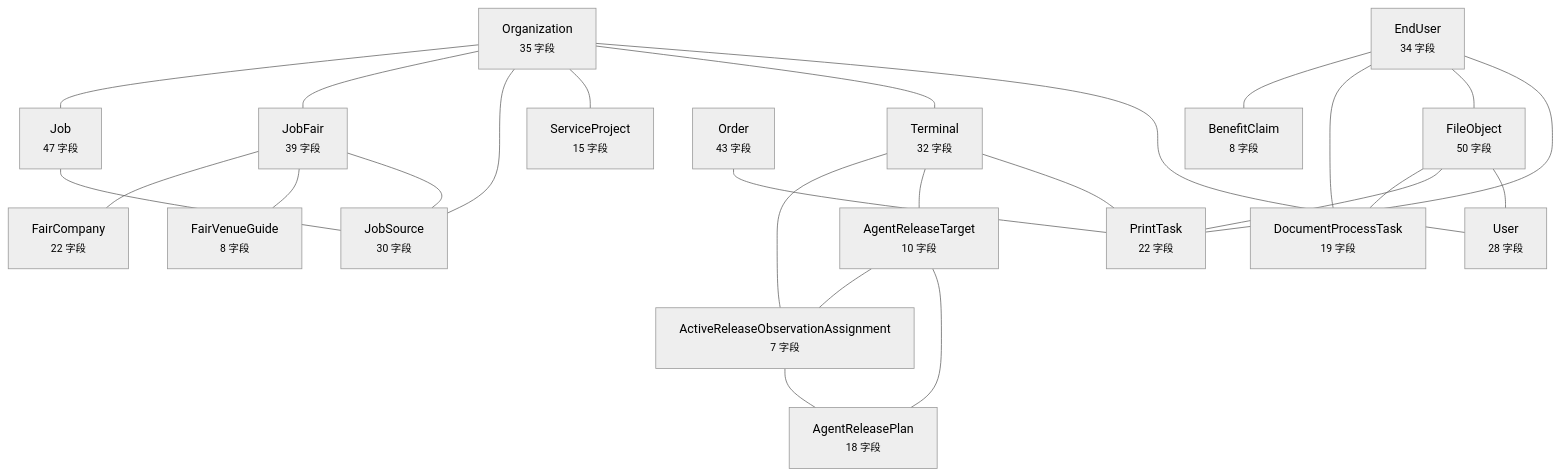
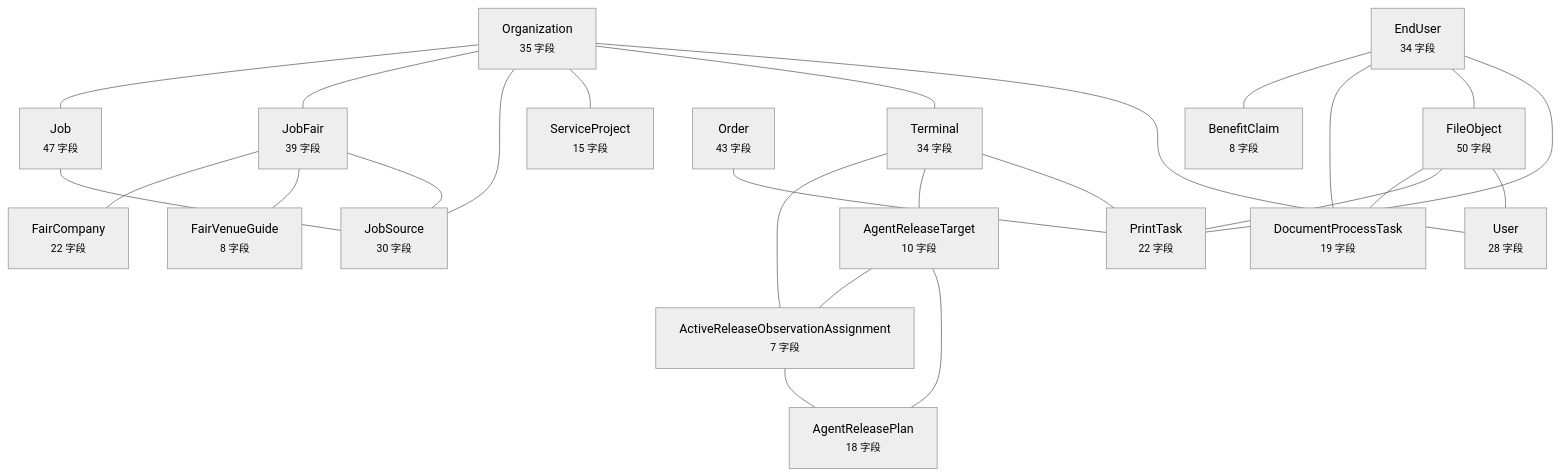
One commit to wanglei581/YITIJI changed the diagram in docs/graph/data-model.md. Above: the diagram before and after it, drawn with Mermaid (neutral theme). The commit also changed other lines of this file and 5 other files, not shown here.

Commit message:
按收费设置重生项目图谱。

````diff
--- a/docs/graph/data-model.md
+++ b/docs/graph/data-model.md
@@ -10,45 +10,45 @@
 ```mermaid
 flowchart TD
   EndUser["EndUser<br/><small>34 字段</small>"]
   Organization["Organization<br/><small>35 字段</small>"]
-  Terminal["Terminal<br/><small>32 字段</small>"]
+  Terminal["Terminal<br/><small>34 字段</small>"]
   FileObject["FileObject<br/><small>50 字段</small>"]
   Job["Job<br/><small>47 字段</small>"]
   JobFair["JobFair<br/><small>39 字段</small>"]
   JobSource["JobSource<br/><small>30 字段</small>"]
   User["User<br/><small>28 字段</small>"]
   Order["Order<br/><small>43 字段</small>"]
   PrintTask["PrintTask<br/><small>22 字段</small>"]
   AgentReleaseTarget["AgentReleaseTarget<br/><small>10 字段</small>"]
   ServiceProject["ServiceProject<br/><small>15 字段</small>"]
   ActiveReleaseObservationAssignment["ActiveReleaseObservationAssignment<br/><small>7 字段</small>"]
   AgentReleasePlan["AgentReleasePlan<br/><small>18 字段</small>"]
   BenefitClaim["BenefitClaim<br/><small>8 字段</small>"]
   DocumentProcessTask["DocumentProcessTask<br/><small>19 字段</small>"]
   FairCompany["FairCompany<br/><small>22 字段</small>"]
   FairVenueGuide["FairVenueGuide<br/><small>8 字段</small>"]
   EndUser --- BenefitClaim
   EndUser --- DocumentProcessTask
   EndUser --- FileObject
   EndUser --- PrintTask
   Organization --- Job
   Organization --- JobFair
   Organization --- JobSource
   Organization --- ServiceProject
   Organization --- Terminal
   Organization --- User
   Terminal --- ActiveReleaseObservationAssignment
   Terminal --- AgentReleaseTarget
   Terminal --- PrintTask
   FileObject --- DocumentProcessTask
   FileObject --- PrintTask
   FileObject --- User
   Job --- JobSource
   JobFair --- FairCompany
   JobFair --- FairVenueGuide
   JobFair --- JobSource
   Order --- PrintTask
   AgentReleaseTarget --- ActiveReleaseObservationAssignment
   AgentReleaseTarget --- AgentReleasePlan
   ActiveReleaseObservationAssignment --- AgentReleasePlan
 ```
````
